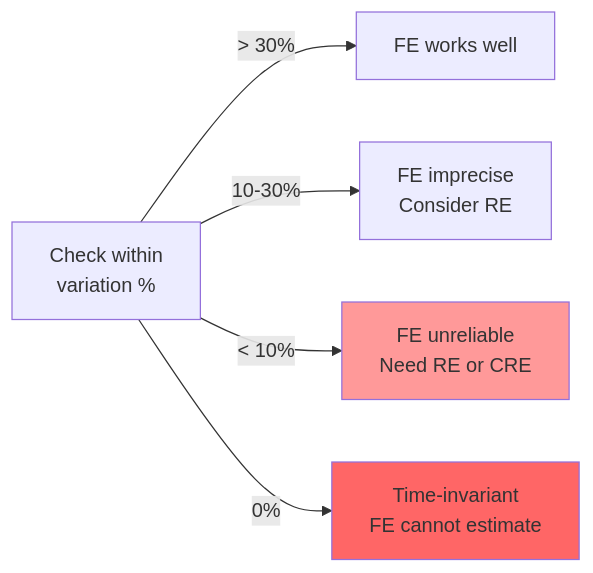
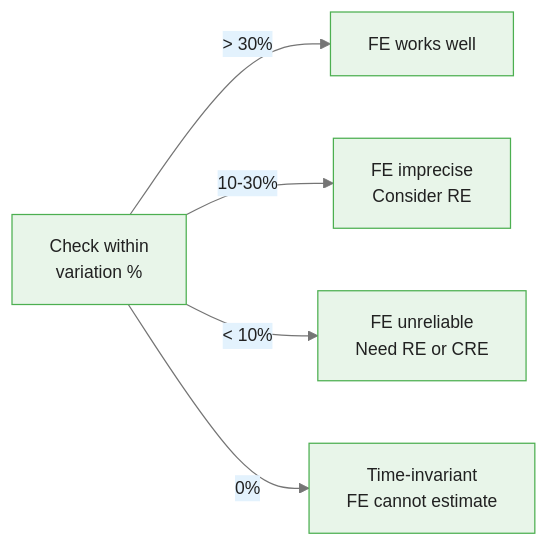
The third of 4 diagrams in courses/panel-regression/modules/module_04_model_selection/guides/03_practical_model_choice_slides.md (m-deane/course-creator), drawn with Mermaid before and after one commit. The commit also changed other lines of this file and 79 other files, not shown here.

````diff
--- a/courses/panel-regression/modules/module_04_model_selection/guides/03_practical_model_choice_slides.md
+++ b/courses/panel-regression/modules/module_04_model_selection/guides/03_practical_model_choice_slides.md
@@ -151,11 +189,9 @@
 ```mermaid
+%%{init: {"theme": "base", "themeVariables": {"primaryColor": "#e8f5e9", "primaryBorderColor": "#4caf50", "primaryTextColor": "#212121", "secondaryColor": "#e3f2fd", "tertiaryColor": "#fff8e1", "lineColor": "#757575", "fontFamily": "Inter, sans-serif", "fontSize": "14px"}}}%%
 flowchart LR
     VAR["Check within<br/>variation %"]
     VAR -->|"> 30%"| OK["FE works well"]
     VAR -->|"10-30%"| CAUTION["FE imprecise<br/>Consider RE"]
     VAR -->|"< 10%"| PROBLEM["FE unreliable<br/>Need RE or CRE"]
     VAR -->|"0%"| IMPOSSIBLE["Time-invariant<br/>FE cannot estimate"]
-
-    style PROBLEM fill:#f99
-    style IMPOSSIBLE fill:#f66
 ```
````
